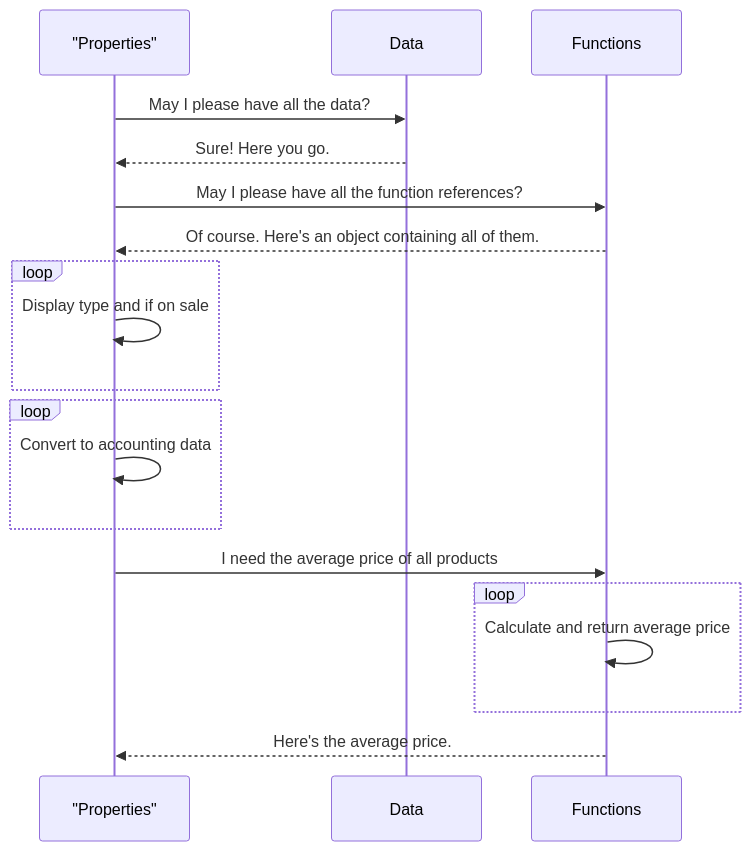
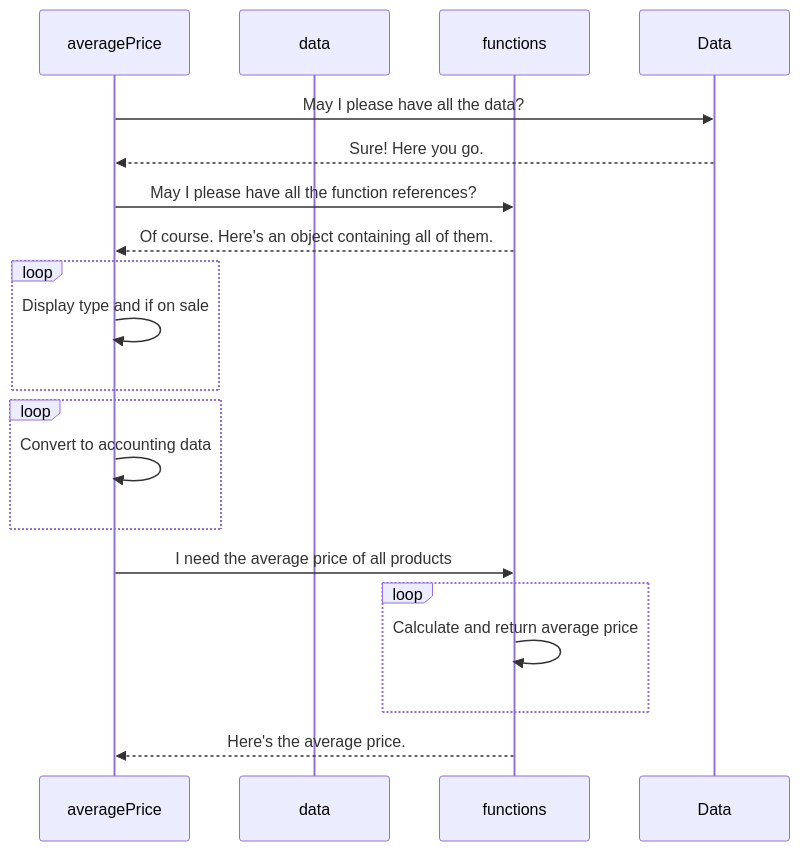
The second of 2 diagrams in book-1-queen-bee/chapters/SURF_DIAGRAM.md (nashville-software-school/client-side-mastery), drawn with Mermaid before and after one commit. The commit also changed other lines of this file and 1 other file, not shown here.

Commit message:
fixed sequence diagram and instructions in functions module chapter

````diff
--- a/book-1-queen-bee/chapters/SURF_DIAGRAM.md
+++ b/book-1-queen-bee/chapters/SURF_DIAGRAM.md
@@ -40,22 +40,22 @@
 ```mermaid
 sequenceDiagram
-    participant "Properties"
-    participant Data
-    participant Functions
-    "Properties"->>Data: May I please have all the data?
-    Data-->>"Properties": Sure! Here you go.
-    "Properties"->>Functions: May I please have all the function references?
-    Functions-->>"Properties": Of course. Here's an object containing all of them.
+    participant averagePrice
+    participant data
+    participant functions
+    averagePrice->>Data: May I please have all the data?
+    Data-->>averagePrice: Sure! Here you go.
+    averagePrice->>functions: May I please have all the function references?
+    functions-->>averagePrice: Of course. Here's an object containing all of them.
     loop
-        "Properties"->>"Properties": Display type and if on sale
+        averagePrice->>averagePrice: Display type and if on sale
     end
     loop
-        "Properties"->>"Properties": Convert to accounting data
+        averagePrice->>averagePrice: Convert to accounting data
     end
-    "Properties"->>Functions: I need the average price of all products
+    averagePrice->>functions: I need the average price of all products
     loop
-        Functions->>Functions: Calculate and return average price
+        functions->>functions: Calculate and return average price
     end
-    Functions-->>"Properties": Here's the average price.
+    functions-->>averagePrice: Here's the average price.
 
 ```
````
